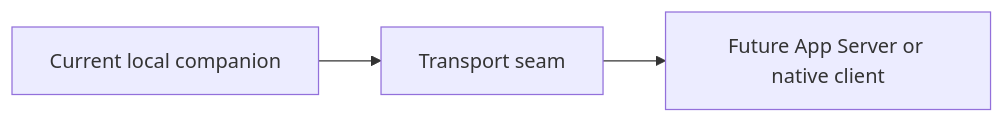
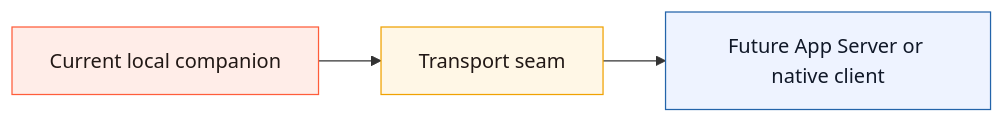
The first of 2 diagrams in docs/upstream-proposal.md (varshneydevansh/Canvax), drawn with Mermaid before and after one commit. The commit also changed other lines of this file and 24 other files, not shown here.

````diff
--- a/docs/upstream-proposal.md
+++ b/docs/upstream-proposal.md
@@ -17,5 +17,12 @@
 ```mermaid
 flowchart LR
     A[Current local companion] --> B[Transport seam]
     B --> C[Future App Server or native client]
+
+    classDef current fill:#ffede8,stroke:#ff5d3a,color:#211815;
+    classDef seam fill:#fff7e6,stroke:#f0a202,color:#211815;
+    classDef future fill:#eef3ff,stroke:#2364aa,color:#101828;
+    class A current;
+    class B seam;
+    class C future;
 ```
````
